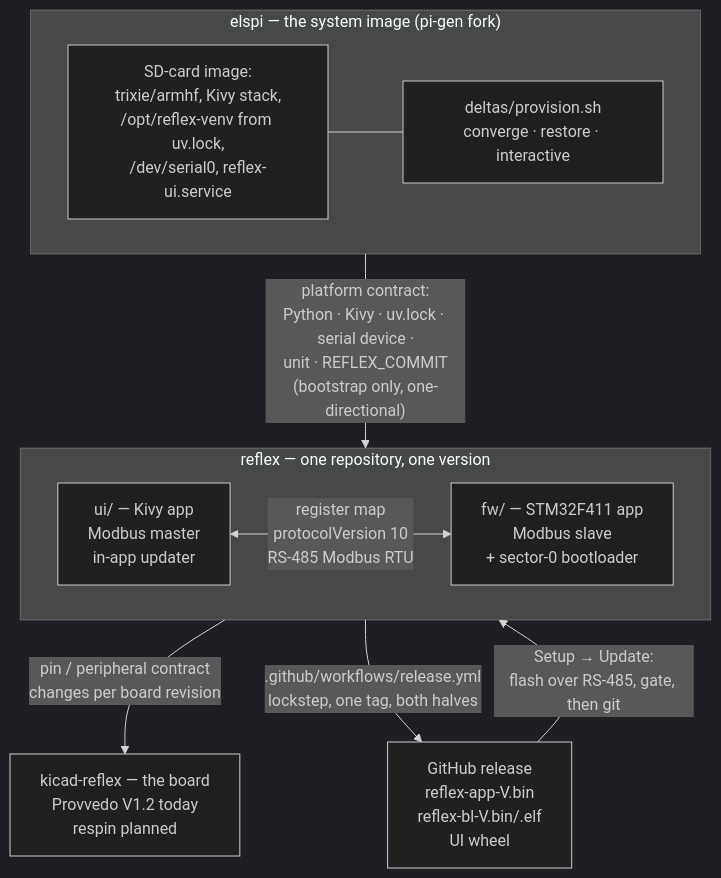
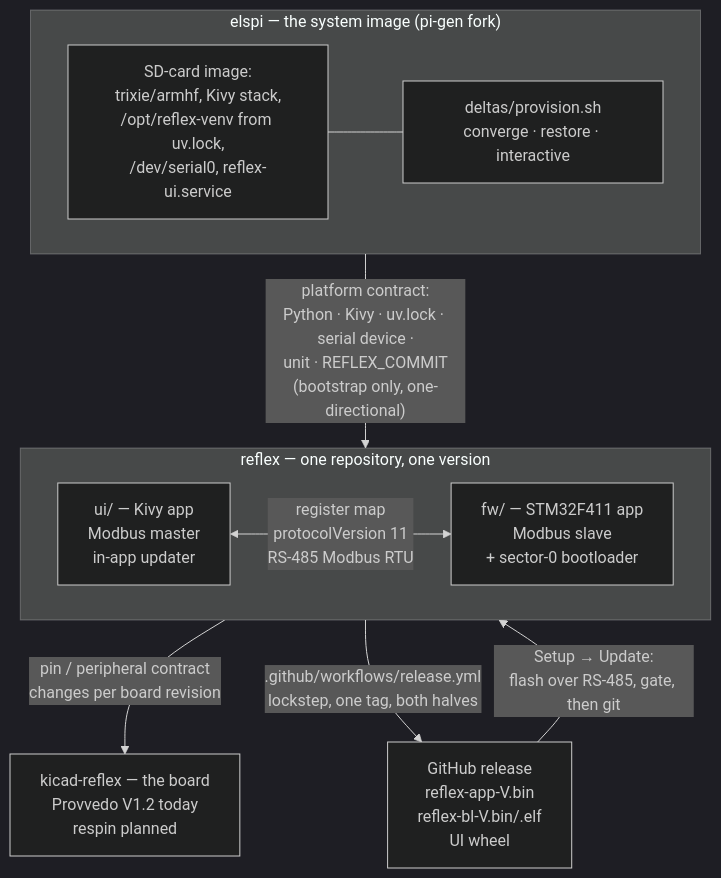
The diagram in docs/design/architecture.md (Funkenjaeger/reflex), drawn with Mermaid (dark theme) before and after one commit. The commit also changed 15 other files, not shown here.

````diff
--- a/docs/design/architecture.md
+++ b/docs/design/architecture.md
@@ -41,25 +41,25 @@
 ```mermaid
 flowchart TB
     subgraph image["elspi — the system image (pi-gen fork)"]
       direction LR
       IMG["SD-card image:<br/>trixie/armhf, Kivy stack,<br/>/opt/reflex-venv from uv.lock,<br/>/dev/serial0, reflex-ui.service"]
       DELTA["deltas/provision.sh<br/>converge · restore · interactive"]
       IMG --- DELTA
     end
 
     subgraph mono["reflex — one repository, one version"]
       direction LR
       UI["ui/ — Kivy app<br/>Modbus master<br/>in-app updater"]
       FW["fw/ — STM32F411 app<br/>Modbus slave<br/>+ sector-0 bootloader"]
-      UI <-->|"register map<br/>protocolVersion 10<br/>RS-485 Modbus RTU"| FW
+      UI <-->|"register map<br/>protocolVersion 11<br/>RS-485 Modbus RTU"| FW
     end
 
     HW["kicad-reflex — the board<br/>Provvedo V1.2 today<br/>respin planned"]
 
     image -->|"platform contract:<br/>Python · Kivy · uv.lock · serial device ·<br/>unit · REFLEX_COMMIT<br/>(bootstrap only, one-directional)"| mono
     FW -->|"pin / peripheral contract<br/>changes per board revision"| HW
 
     REL["GitHub release<br/>reflex-app-V.bin<br/>reflex-bl-V.bin/.elf<br/>UI wheel"]
     mono -->|".github/workflows/release.yml<br/>lockstep, one tag, both halves"| REL
     REL -->|"Setup → Update:<br/>flash over RS-485, gate, then git"| UI
 ```
````
